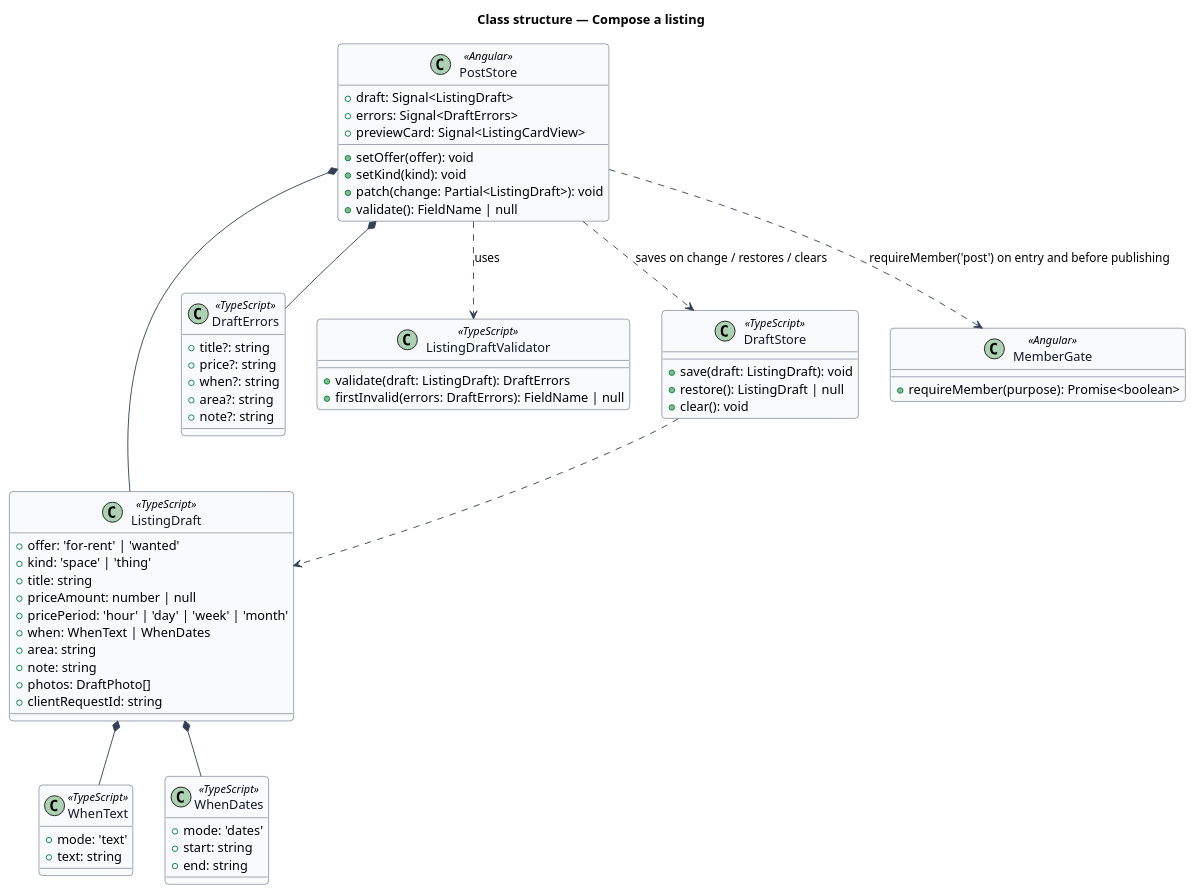
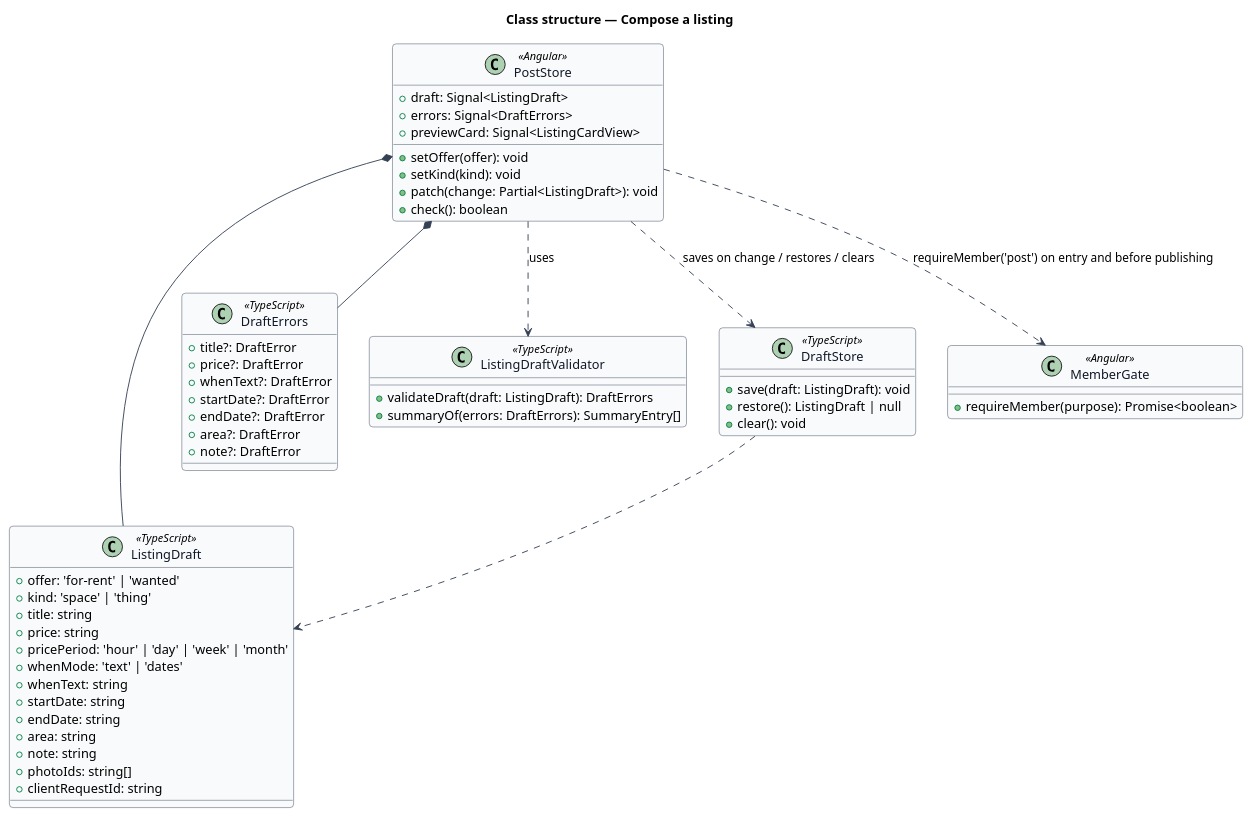
One commit to QuinntyneBrown/christian-rent changed the diagram in docs/detailed-designs/post/compose-listing/diagrams/class-structure.puml. Above: the diagram before and after it, drawn with PlantUML. The commit also changed 14 other files, not shown here.

First line of the commit message:
Check every field of a draft at once under a summary that takes focus, and keep the draft in the tab

```diff
--- a/docs/detailed-designs/post/compose-listing/diagrams/class-structure.puml
+++ b/docs/detailed-designs/post/compose-listing/diagrams/class-structure.puml
@@ -1,73 +1,67 @@
 @startuml
 ' --- shared skin header ---
 skinparam backgroundColor #FFFFFF
 skinparam shadowing false
 skinparam roundcorner 8
 skinparam defaultFontName Arial
 skinparam ArrowColor #344054
 skinparam class {
   BorderColor #344054
   FontColor #101828
   BackgroundColor #F9FAFB
 }
 ' --------------------------
 title Class structure — Compose a listing
 
 class ListingDraft <<TypeScript>> {
   +offer: 'for-rent' | 'wanted'
   +kind: 'space' | 'thing'
   +title: string
-  +priceAmount: number | null
+  +price: string
   +pricePeriod: 'hour' | 'day' | 'week' | 'month'
-  +when: WhenText | WhenDates
+  +whenMode: 'text' | 'dates'
+  +whenText: string
+  +startDate: string
+  +endDate: string
   +area: string
   +note: string
-  +photos: DraftPhoto[]
+  +photoIds: string[]
   +clientRequestId: string
 }
-class WhenText <<TypeScript>> {
-  +mode: 'text'
-  +text: string
-}
-class WhenDates <<TypeScript>> {
-  +mode: 'dates'
-  +start: string
-  +end: string
-}
 class DraftErrors <<TypeScript>> {
-  +title?: string
-  +price?: string
-  +when?: string
-  +area?: string
-  +note?: string
+  +title?: DraftError
+  +price?: DraftError
+  +whenText?: DraftError
+  +startDate?: DraftError
+  +endDate?: DraftError
+  +area?: DraftError
+  +note?: DraftError
 }
 class ListingDraftValidator <<TypeScript>> {
-  +validate(draft: ListingDraft): DraftErrors
-  +firstInvalid(errors: DraftErrors): FieldName | null
+  +validateDraft(draft: ListingDraft): DraftErrors
+  +summaryOf(errors: DraftErrors): SummaryEntry[]
 }
 class PostStore <<Angular>> {
   +draft: Signal<ListingDraft>
   +errors: Signal<DraftErrors>
   +previewCard: Signal<ListingCardView>
   +setOffer(offer): void
   +setKind(kind): void
   +patch(change: Partial<ListingDraft>): void
-  +validate(): FieldName | null
+  +check(): boolean
 }
 class DraftStore <<TypeScript>> {
   +save(draft: ListingDraft): void
   +restore(): ListingDraft | null
   +clear(): void
 }
 class MemberGate <<Angular>> {
   +requireMember(purpose): Promise<boolean>
 }
 PostStore *-- ListingDraft
 PostStore *-- DraftErrors
 PostStore ..> ListingDraftValidator : uses
-ListingDraft *-- WhenText
-ListingDraft *-- WhenDates
 PostStore ..> DraftStore : saves on change / restores / clears
 PostStore ..> MemberGate : requireMember('post') on entry and before publishing
 DraftStore ..> ListingDraft
 @enduml
```
